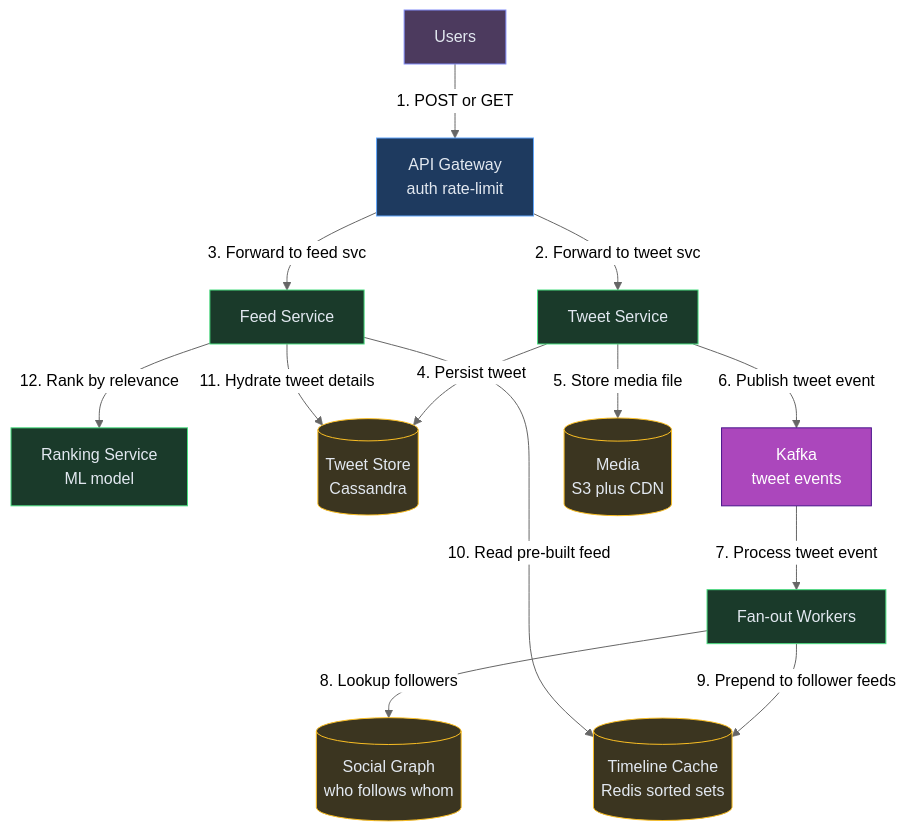
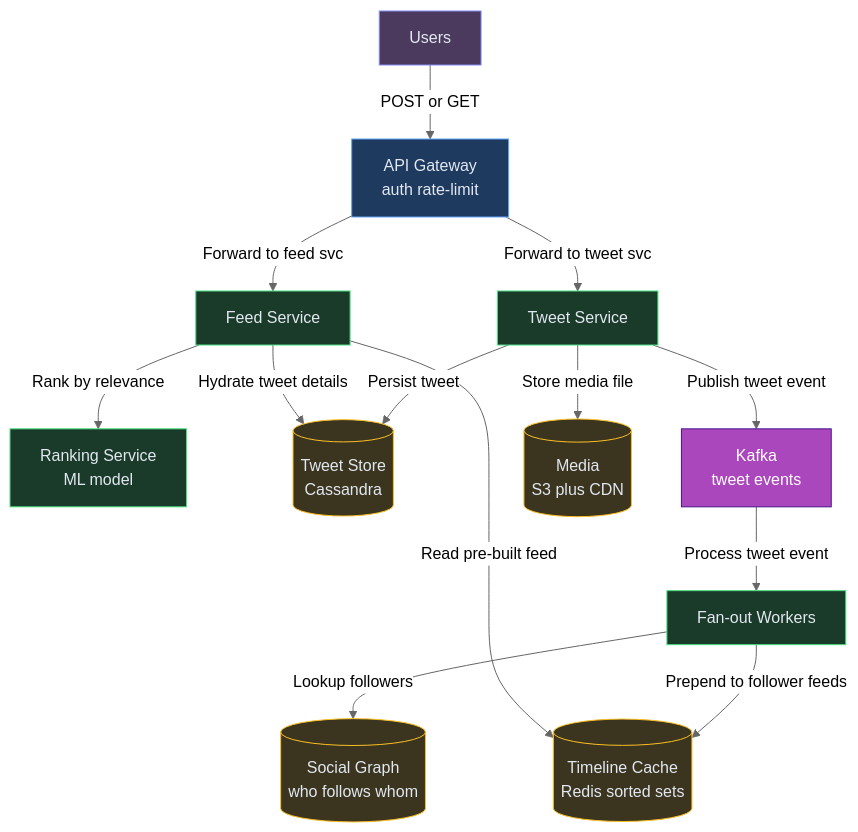
Before and after one commit to iluzn/HLD-Designs: diagram 12 of 12 in content/hld/TwitterFeed.md, drawn with Mermaid (neutral theme). The commit also changed 26 other files, not shown here.

First line of the commit message:
fix(hld): Remove confusing number prefixes from final architecture diagrams

````diff
--- a/content/hld/TwitterFeed.md
+++ b/content/hld/TwitterFeed.md
@@ -489,33 +489,33 @@
 ```mermaid
 flowchart TD
     USERS["Users"]:::client
     GW["API Gateway<br/>auth rate-limit"]:::edge
     TS["Tweet Service"]:::service
     FEED["Feed Service"]:::service
     RANK["Ranking Service<br/>ML model"]:::service
     FANOUT["Fan-out Workers"]:::service
     TDB[("Tweet Store<br/>Cassandra")]:::data
     GRAPH[("Social Graph<br/>who follows whom")]:::data
     CACHE[("Timeline Cache<br/>Redis sorted sets")]:::data
     K["Kafka<br/>tweet events"]:::async
     MEDIA[("Media<br/>S3 plus CDN")]:::data
 
-    USERS -->|"1. POST or GET"| GW
-    GW -->|"2. Forward to tweet svc"| TS
-    GW -->|"3. Forward to feed svc"| FEED
-    TS -->|"4. Persist tweet"| TDB
-    TS -->|"5. Store media file"| MEDIA
-    TS -->|"6. Publish tweet event"| K
-    K -->|"7. Process tweet event"| FANOUT
-    FANOUT -->|"8. Lookup followers"| GRAPH
-    FANOUT -->|"9. Prepend to follower feeds"| CACHE
-    FEED -->|"10. Read pre-built feed"| CACHE
-    FEED -->|"11. Hydrate tweet details"| TDB
-    FEED -->|"12. Rank by relevance"| RANK
+    USERS -->|"POST or GET"| GW
+    GW -->|"Forward to tweet svc"| TS
+    GW -->|"Forward to feed svc"| FEED
+    TS -->|"Persist tweet"| TDB
+    TS -->|"Store media file"| MEDIA
+    TS -->|"Publish tweet event"| K
+    K -->|"Process tweet event"| FANOUT
+    FANOUT -->|"Lookup followers"| GRAPH
+    FANOUT -->|"Prepend to follower feeds"| CACHE
+    FEED -->|"Read pre-built feed"| CACHE
+    FEED -->|"Hydrate tweet details"| TDB
+    FEED -->|"Rank by relevance"| RANK
 
     classDef client fill:#4c3a5e,stroke:#818cf8,color:#e2e8f0
     classDef edge fill:#1e3a5f,stroke:#60a5fa,color:#e2e8f0
     classDef service fill:#1a3a2a,stroke:#4ade80,color:#e2e8f0
     classDef async fill:#AB47BC,stroke:#4A148C,color:#fff
     classDef data fill:#3b3520,stroke:#fbbf24,color:#e2e8f0
 ```
````
